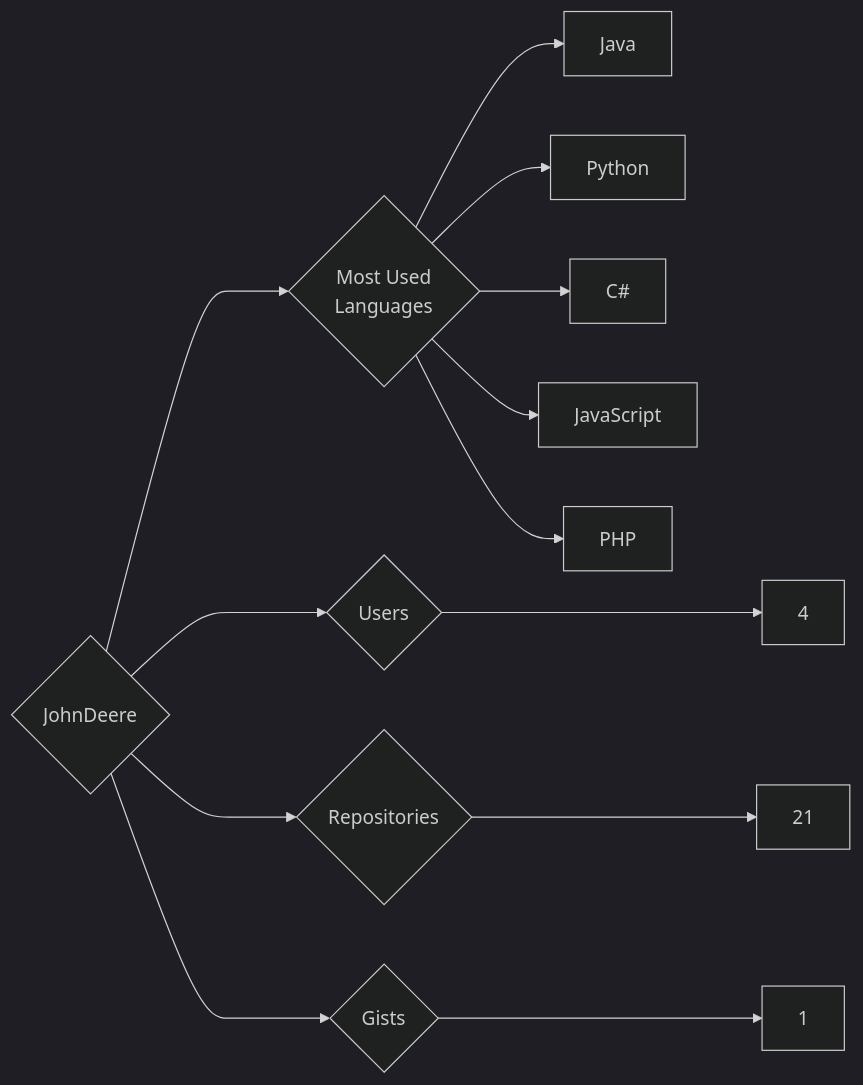
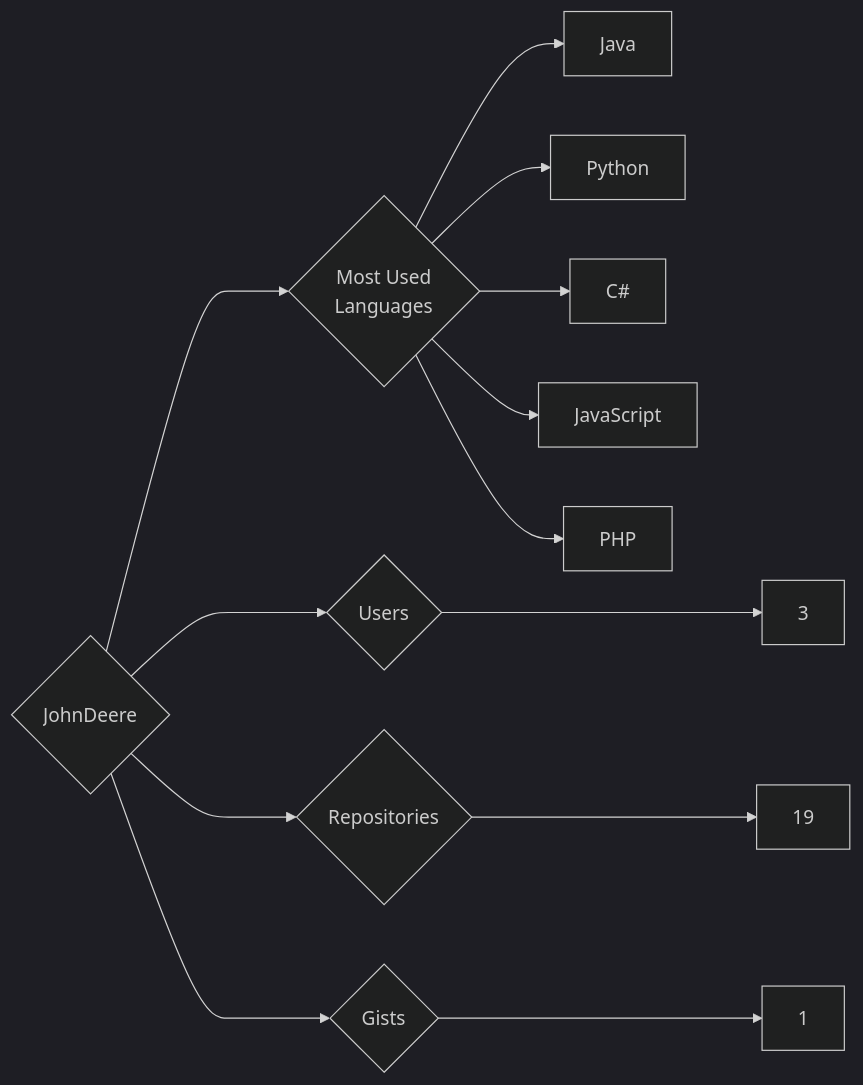
One commit to trickest/insiders changed the diagram in targets/JohnDeere/README.md. Above: the diagram before and after it, drawn with Mermaid (dark theme). The commit also changed 610 other files, not shown here.

````diff
--- a/targets/JohnDeere/README.md
+++ b/targets/JohnDeere/README.md
@@ -3,13 +3,13 @@
 ```mermaid
 graph LR
 COMPANY_NAME{JohnDeere}
-COMPANY_NAME ---> U{Users} ---> UN[4]
-COMPANY_NAME ---> R{Repositories} ---> RN[21]
+COMPANY_NAME ---> U{Users} ---> UN[3]
+COMPANY_NAME ---> R{Repositories} ---> RN[19]
 COMPANY_NAME ---> G{Gists} ---> GN[1]
 COMPANY_NAME ---> ML{Most Used<br>Languages}
 ML --> Java[Java]
 ML --> Python[Python]
 ML --> C#[C#]
 ML --> JavaScript[JavaScript]
 ML --> PHP[PHP]
 ```
````
